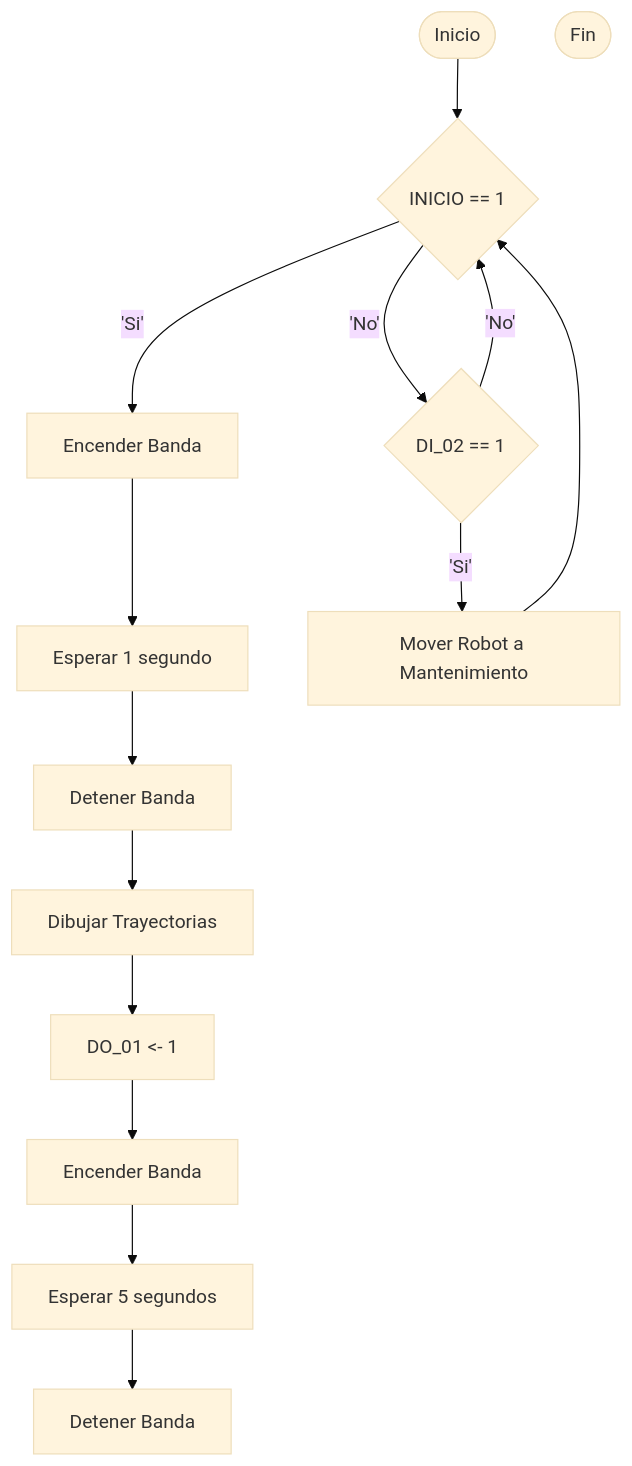
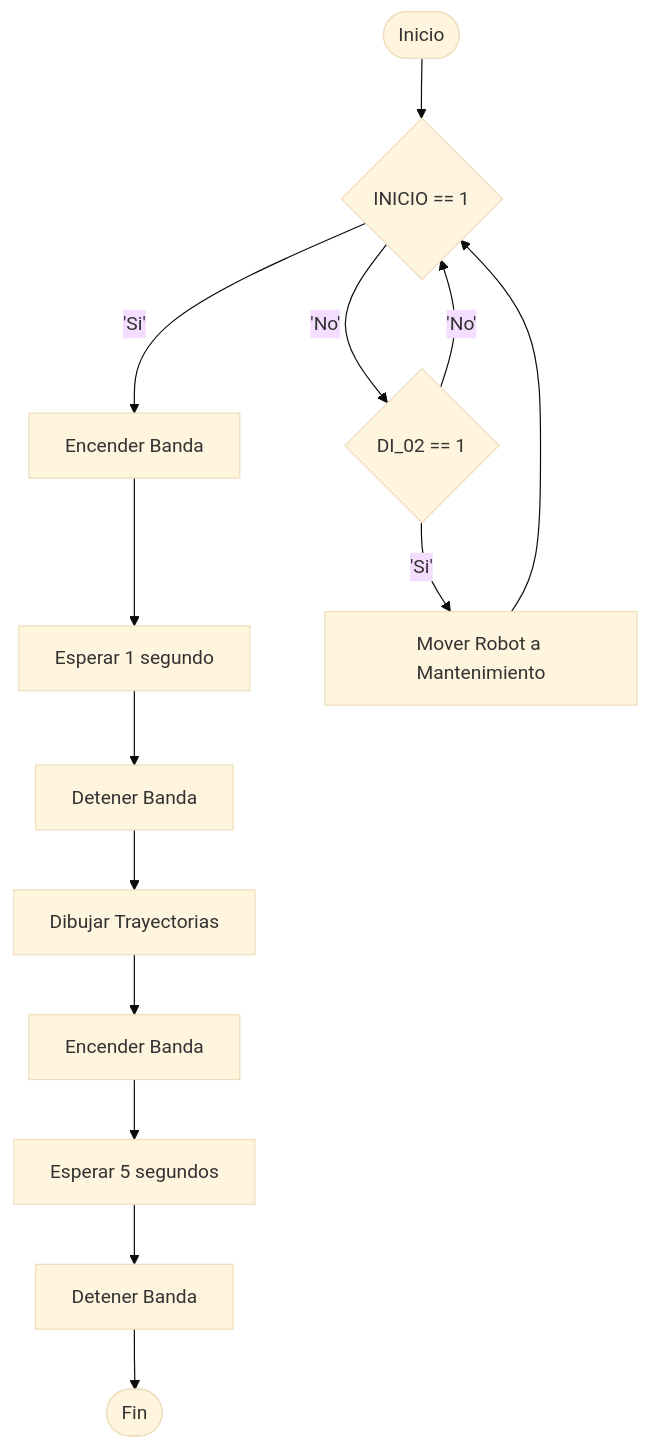
One commit to SamuelCruz72/ros2_ws changed the diagram in Lab_2.md. Above: the diagram before and after it, drawn with Mermaid (base theme). The commit also changed other lines of this file and 3 other files, not shown here.

````diff
--- a/Lab_2.md
+++ b/Lab_2.md
@@ -8,30 +21,29 @@
 ```mermaid
 flowchart TD
     A([Inicio])
     B{INICIO == 1}
     C{DI_02 == 1}
     D[Encender Banda]
     E[Esperar 1 segundo]
     F[Detener Banda]
     G[Dibujar Trayectorias]
-    H[DO_01 <- 1]
     I[Encender Banda]
     J[Esperar 5 segundos]
     K[Detener Banda]
     L[Mover Robot a Mantenimiento]
     M([Fin])
 
     A --> B
     B -- 'Si' --> D
     B -- 'No' --> C
     C -- 'No' --> B
     C -- 'Si' --> L
     L --> B
     D --> E
     E --> F
     F --> G
-    G --> H
-    H --> I
+    G --> I
     I --> J
     J --> K
+    K --> M
 ```
````
